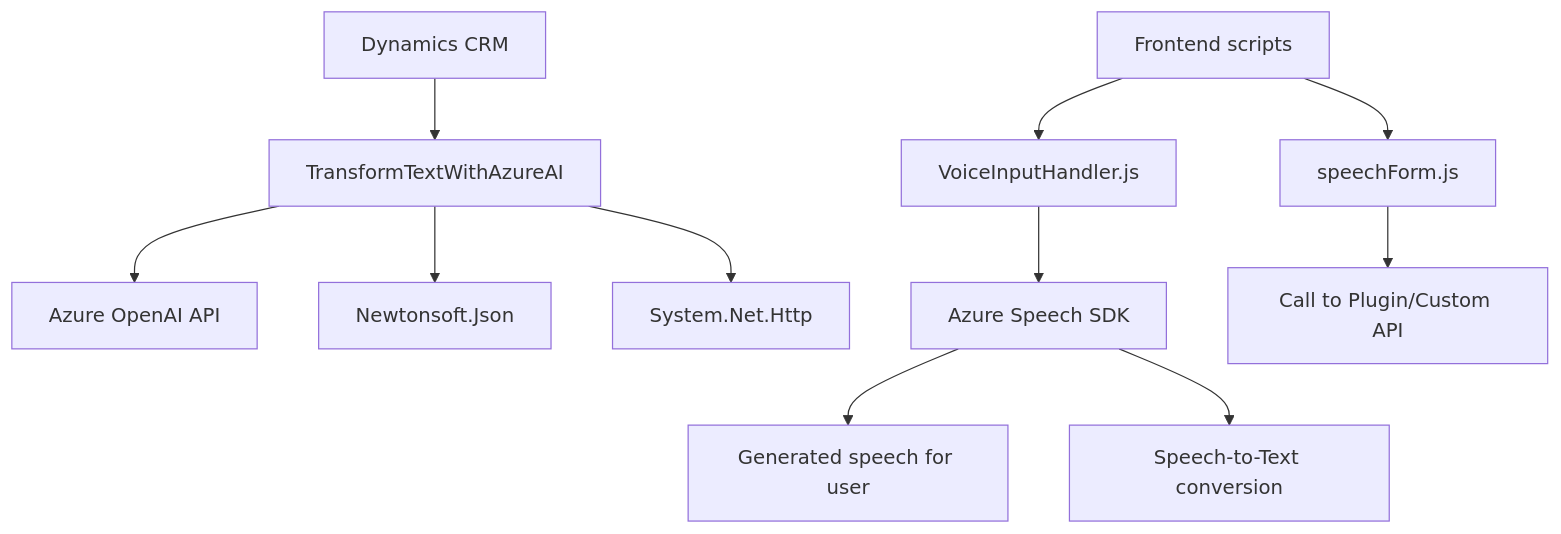
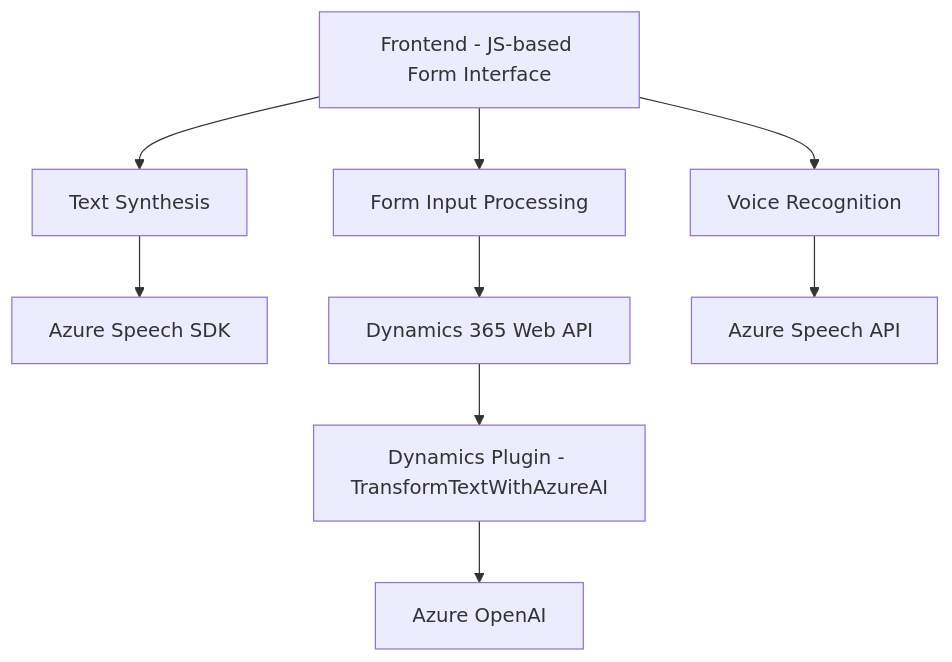
The diagram in README.md (blopezdm/NETCORE_BILBAO2025), drawn with Mermaid before and after one commit. The commit also changed other lines of this file, not shown here.

````diff
--- a/README.md
+++ b/README.md
@@ -59,15 +26,21 @@
 ```mermaid
 graph TD
-    Dynamics["Dynamics CRM"] --> Plugin["TransformTextWithAzureAI"]
-    Plugin --> AzureOpenAI["Azure OpenAI API"]
-    Plugin --> JSONHandling["Newtonsoft.Json"]
-    Plugin --> HTTPCalls["System.Net.Http"]
+    A["Frontend - JS-based Form Interface"]
+    B["Azure Speech SDK"]
+    C["Dynamics 365 Web API"]
+    D["Voice Recognition"]
+    E["Form Input Processing"]
+    F["Text Synthesis"]
+    G["Azure OpenAI"]
+    H["Dynamics Plugin - TransformTextWithAzureAI"]
+    I["Azure Speech API"]
     
-    Frontend["Frontend scripts"] --> VoiceHandlerJS["VoiceInputHandler.js"]
-    Frontend --> SpeechFormJS["speechForm.js"]
-    VoiceHandlerJS --> SpeechSDK["Azure Speech SDK"]
-    SpeechSDK --> OutputSpeech["Generated speech for user"]
-    SpeechFormJS --> APIInteraction["Call to Plugin/Custom API"]
-    
-    SpeechSDK --> SpeechRecognition["Speech-to-Text conversion"]
+    A --> D
+    A --> F
+    A --> E
+    D --> I
+    F --> B
+    E --> C
+    C --> H
+    H --> G
 ```
````
